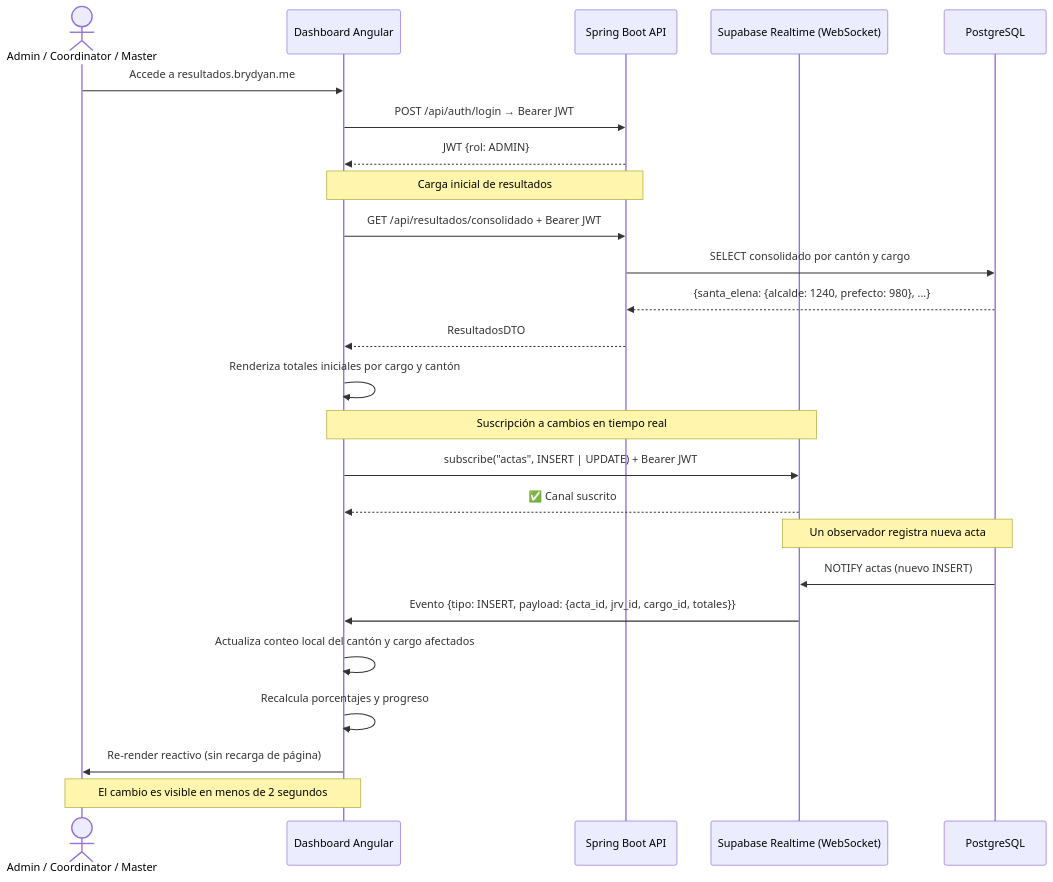
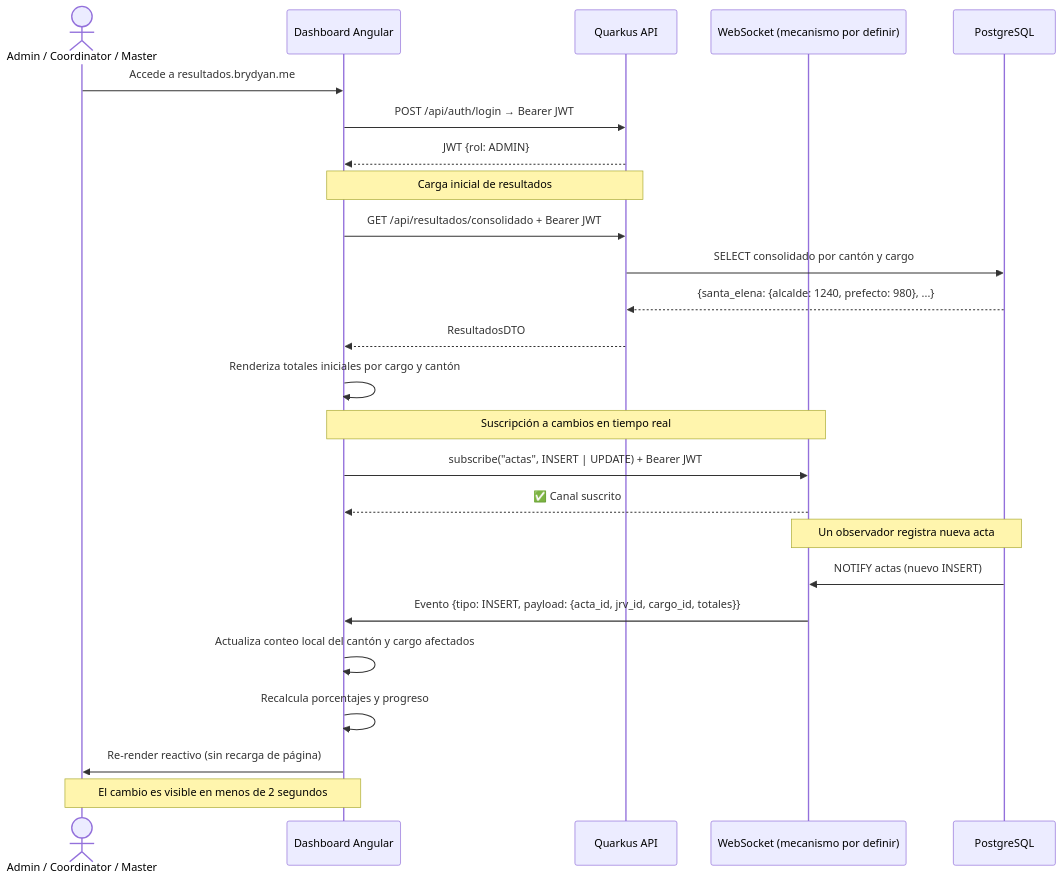
One commit to Brydyan/Control-s-Elector changed the diagram in documents/diagram/secuencias/09-dashboard-realtime.md. Above: the diagram before and after it, drawn with Mermaid. The commit also changed 46 other files, not shown here.

````diff
--- a/documents/diagram/secuencias/09-dashboard-realtime.md
+++ b/documents/diagram/secuencias/09-dashboard-realtime.md
@@ -6,36 +6,36 @@
 ```mermaid
 sequenceDiagram
     actor ADMIN_U as Admin / Coordinator / Master
     participant DASH as Dashboard Angular
-    participant API as Spring Boot API
-    participant WS as Supabase Realtime (WebSocket)
+    participant API as Quarkus API
+    participant WS as WebSocket (mecanismo por definir)
     participant PG as PostgreSQL
 
     ADMIN_U->>DASH: Accede a resultados.brydyan.me
     DASH->>API: POST /api/auth/login → Bearer JWT
     API-->>DASH: JWT {rol: ADMIN}
 
     Note over DASH,API: Carga inicial de resultados
 
     DASH->>API: GET /api/resultados/consolidado + Bearer JWT
     API->>PG: SELECT consolidado por cantón y cargo
     PG-->>API: {santa_elena: {alcalde: 1240, prefecto: 980}, ...}
     API-->>DASH: ResultadosDTO
     DASH->>DASH: Renderiza totales iniciales por cargo y cantón
 
     Note over DASH,WS: Suscripción a cambios en tiempo real
 
     DASH->>WS: subscribe("actas", INSERT | UPDATE) + Bearer JWT
     WS-->>DASH: ✅ Canal suscrito
 
     Note over WS,PG: Un observador registra nueva acta
 
     PG->>WS: NOTIFY actas (nuevo INSERT)
     WS->>DASH: Evento {tipo: INSERT, payload: {acta_id, jrv_id, cargo_id, totales}}
 
     DASH->>DASH: Actualiza conteo local del cantón y cargo afectados
     DASH->>DASH: Recalcula porcentajes y progreso
     DASH->>ADMIN_U: Re-render reactivo (sin recarga de página)
 
     Note over DASH,ADMIN_U: El cambio es visible en menos de 2 segundos
 ```
````
